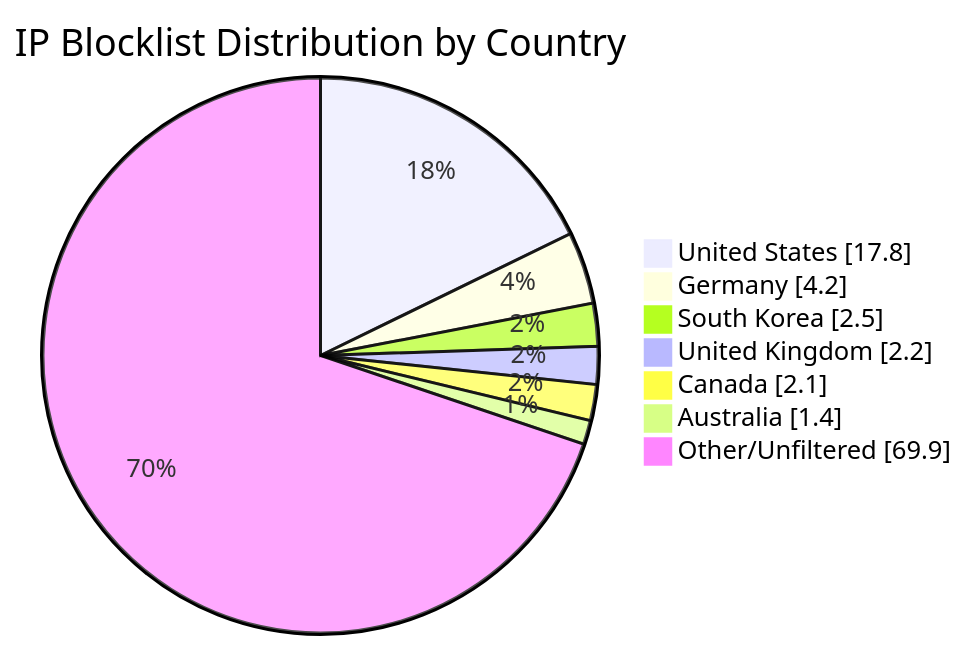
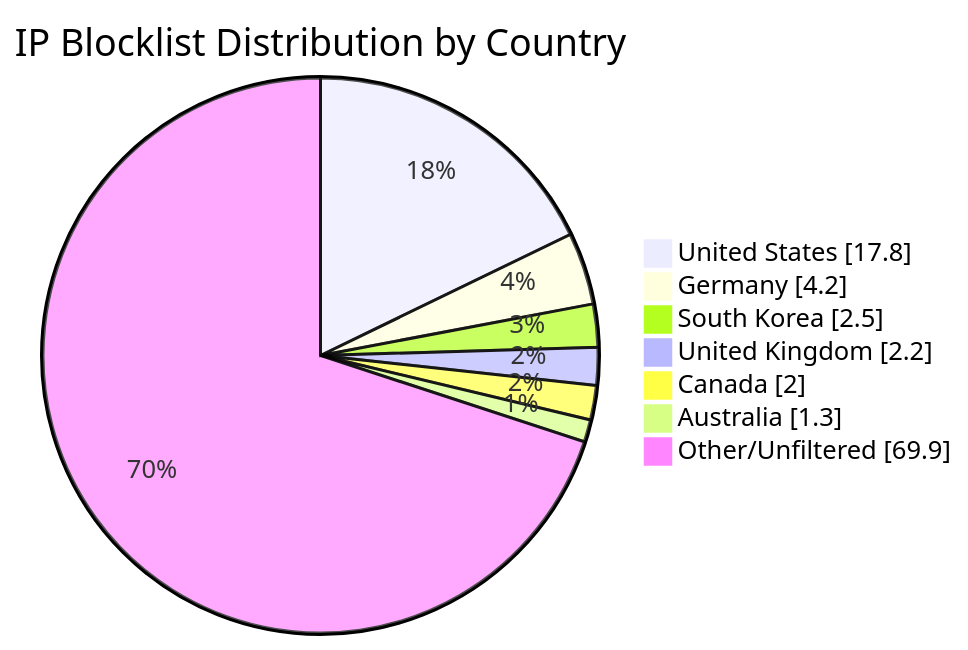
The diagram in README.md (MarcusHoltz/ipblocklist-geofiltered-aggregator), drawn with Mermaid before and after one commit. The commit also changed other lines of this file and 9 other files, not shown here.

````diff
--- a/README.md
+++ b/README.md
@@ -34,10 +34,10 @@
 ```mermaid
 pie showData title IP Blocklist Distribution by Country
 "United States" : 17.8
 "Germany" : 4.2
 "South Korea" : 2.5
 "United Kingdom" : 2.2
-"Canada" : 2.1
-"Australia" : 1.4
+"Canada" : 2.0
+"Australia" : 1.3
 "Other/Unfiltered" : 69.9
 ```
````
